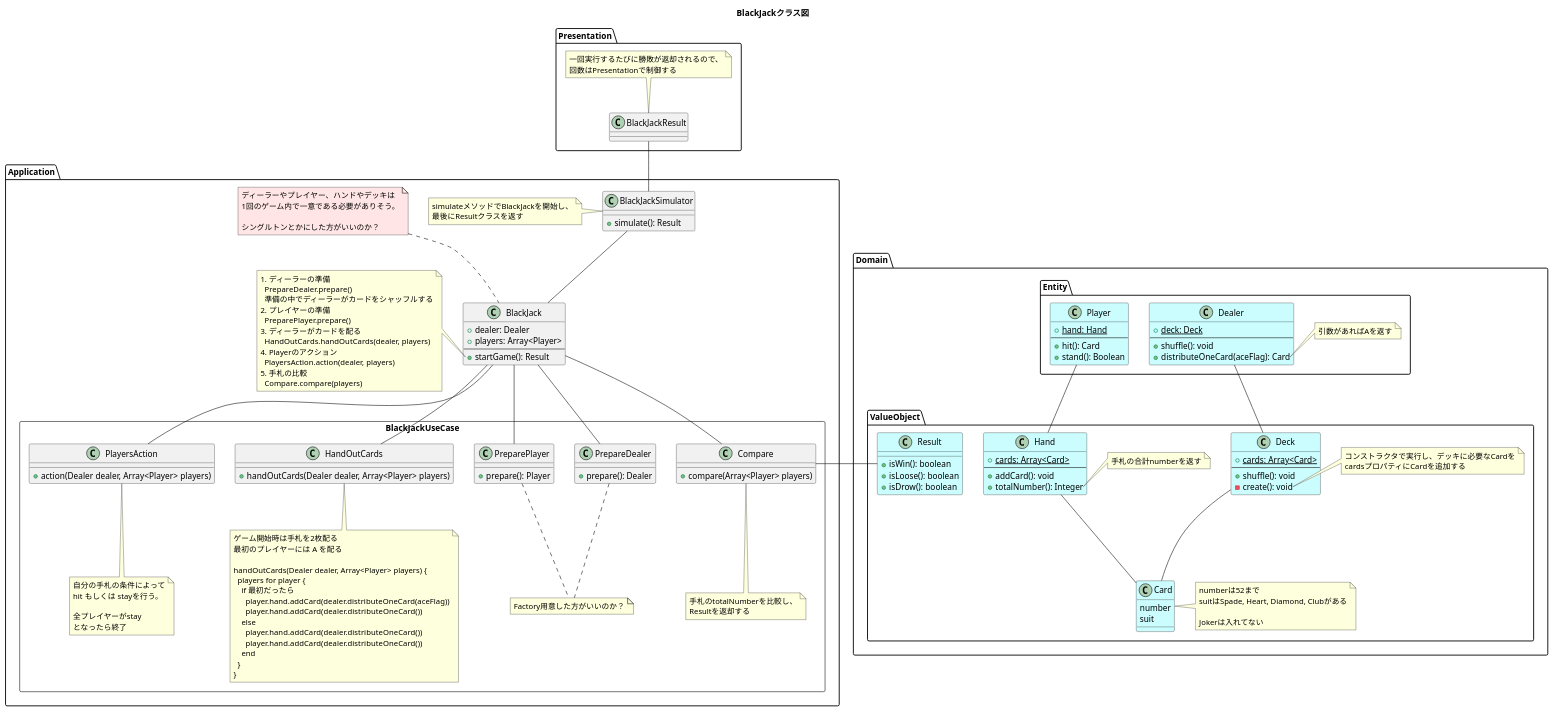
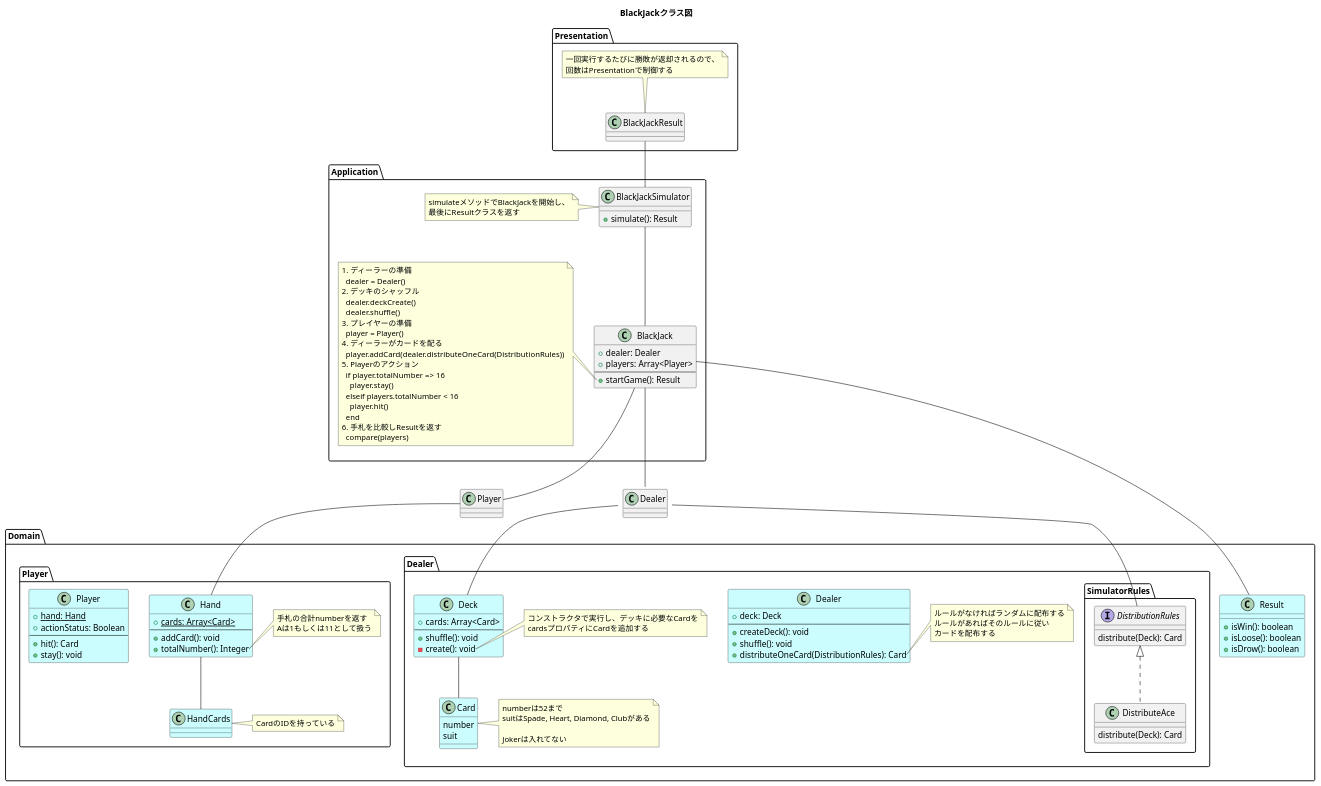
Before and after one commit to yukimasa/blackjack: the diagram in クラス図.pu, drawn with PlantUML. The commit also changed 3 other files, not shown here.

Commit message:
fix: 概念図とクラス図の修正 ver3

```diff
--- a/クラス図.pu
+++ b/クラス図.pu
@@ -1,198 +1,148 @@
 @startuml
 ' left to right direction
 title BlackJackクラス図
 
 package Presentation {
   class BlackJackResult {
   }
   note top of BlackJackResult
     一回実行するたびに勝敗が返却されるので、
     回数はPresentationで制御する
   endnote
 }
 
 package Application {
   class BlackJackSimulator {
     + simulate(): Result
   }
   note left of BlackJackSimulator
     simulateメソッドでBlackJackを開始し、
     最後にResultクラスを返す
   endnote
 
   class BlackJack {
     + dealer: Dealer
     + players: Array<Player>
     ---
     + startGame(): Result
   }
   note left of BlackJack::startGame
     1. ディーラーの準備
-      PrepareDealer.prepare()
-      準備の中でディーラーがカードをシャッフルする
-    2. プレイヤーの準備
-      PreparePlayer.prepare()
-    3. ディーラーがカードを配る
-      HandOutCards.handOutCards(dealer, players)
-    4. Playerのアクション
-      PlayersAction.action(dealer, players)
-    5. 手札の比較
-      Compare.compare(players)
+      dealer = Dealer()
+    2. デッキのシャッフル
+      dealer.deckCreate()
+      dealer.shuffle()
+    3. プレイヤーの準備
+      player = Player()
+    4. ディーラーがカードを配る
+      player.addCard(dealer.distributeOneCard(DistributionRules))
+    5. Playerのアクション
+      if player.totalNumber => 16
+        player.stay()
+      elseif players.totalNumber < 16
+        player.hit()
+      end
+    6. 手札を比較しResultを返す
+      compare(players)
   endnote
-
-  note as memo #FFE5E5
-    ディーラーやプレイヤー、ハンドやデッキは
-    1回のゲーム内で一意である必要がありそう。
-
-    シングルトンとかにした方がいいのか？
-  endnote
-  memo .. BlackJack
-
-  rectangle BlackJackUseCase {
-    class PrepareDealer {
-      + prepare(): Dealer
-    }
-
-    class PreparePlayer {
-      + prepare(): Player
-    }
-
-    note as factory
-      Factory用意した方がいいのか？
-    endnote
-
-    PrepareDealer .. factory
-    PreparePlayer .. factory
-
-    class HandOutCards {
-      + handOutCards(Dealer dealer, Array<Player> players)
-    }
-
-    note bottom of HandOutCards
-      ゲーム開始時は手札を2枚配る
-      最初のプレイヤーには A を配る
-
-      handOutCards(Dealer dealer, Array<Player> players) {
-        players for player {
-          if 最初だったら
-            player.hand.addCard(dealer.distributeOneCard(aceFlag))
-            player.hand.addCard(dealer.distributeOneCard())
-          else
-            player.hand.addCard(dealer.distributeOneCard())
-            player.hand.addCard(dealer.distributeOneCard())
-          end
-        }
-      }
-    endnote
-
-    class PlayersAction {
-      + action(Dealer dealer, Array<Player> players)
-    }
-    note bottom of PlayersAction
-      自分の手札の条件によって
-      hit もしくは stayを行う。
-
-      全プレイヤーがstay
-      となったら終了
-    endnote
-
-    class Compare {
-      + compare(Array<Player> players)
-    }
-    note bottom of Compare
-      手札のtotalNumberを比較し、
-      Resultを返却する
-    endnote
-  }
 }
 
 package Domain {
-  package Entity {
-    class Player #CBFDFF {
-      + {static} hand: Hand
+  package Dealer {
+    class Dealer #CBFDFF {
+      + deck: Deck
       --
-      + hit(): Card
-      + stand(): Boolean
-    }
-
-    class Dealer #CBFDFF {
-      + {static} deck: Deck
-      --
+      + createDeck(): void
       + shuffle(): void
-      + distributeOneCard(aceFlag): Card
+      + distributeOneCard(DistributionRules): Card
     }
     note right of Dealer::distributeOneCard
-      引数があればAを返す
+      ルールがなければランダムに配布する
+      ルールがあればそのルールに従い
+      カードを配布する
     endnote
-  }
 
-  package ValueObject {
     class Deck #CBFDFF {
-      + {static} cards: Array<Card>
+      + cards: Array<Card>
       ---
       + shuffle(): void
       - create(): void
     }
     note right of Deck::create
       コンストラクタで実行し、デッキに必要なCardを
       cardsプロパティにCardを追加する
-    endnote
-
-    class Hand #CBFDFF {
-      + {static} cards: Array<Card>
-      ---
-      + addCard(): void
-      + totalNumber(): Integer
-    }
-    note right of Hand::totalNumber
-      手札の合計numberを返す
     endnote
 
     class Card #CBFDFF {
       number
       suit
     }
     note right of Card
       numberは52まで
       suitはSpade, Heart, Diamond, Clubがある
 
       Jokerは入れてない
     endnote
 
-    class Result #CBFDFF {
+    package SimulatorRules {
+      interface DistributionRules {
+        distribute(Deck): Card
+      }
+
+      class DistributeAce {
+        distribute(Deck): Card
+      }
+    }
+  }
+
+  package Player {
+    class Player #CBFDFF {
+      + {static} hand: Hand
+      + actionStatus: Boolean
+      --
+      + hit(): Card
+      + stay(): void
+    }
+
+    class Hand #CBFDFF {
+      + {static} cards: Array<Card>
+      ---
+      + addCard(): void
+      + totalNumber(): Integer
+    }
+    note right of Hand::totalNumber
+      手札の合計numberを返す
+      Aは1もしくは11として扱う
+    endnote
+
+    class HandCards #CBFDFF {
+    }
+    note right of HandCards
+      CardのIDを持っている
+    endnote
+  }
+
+  class Result #CBFDFF {
     + isWin(): boolean
     + isLoose(): boolean
     + isDrow(): boolean
-  }
   }
 }
 
 
 BlackJackResult -- BlackJackSimulator
+
 BlackJackSimulator -- BlackJack
+BlackJack -- Player
+BlackJack -- Dealer
+BlackJack -- Result
 
-BlackJack -- PrepareDealer
-BlackJack -- PreparePlayer
-BlackJack -- HandOutCards
-BlackJack -- PlayersAction
-BlackJack - Compare
-
-Compare -right- Result
-
-' PrepareDealer -- Player
-' PrepareDealer -- Dealer
-' PreparePlayer -- Player
-' PreparePlayer -- Dealer
-' HandOutCards -- Player
-' HandOutCards -- Dealer
-' PlayersAction -- Player
-' PlayersAction -- Dealer
-' CompareUseCase -- Player
-' CompareUseCase -- Dealer
+DistributionRules <|.. DistributeAce
+Dealer::distributeOneCard -- DistributionRules
 
 Player -- Hand
+Hand -- HandCards
 Dealer -- Deck
-Hand -- Card
 Deck -- Card
 
 @enduml
```
